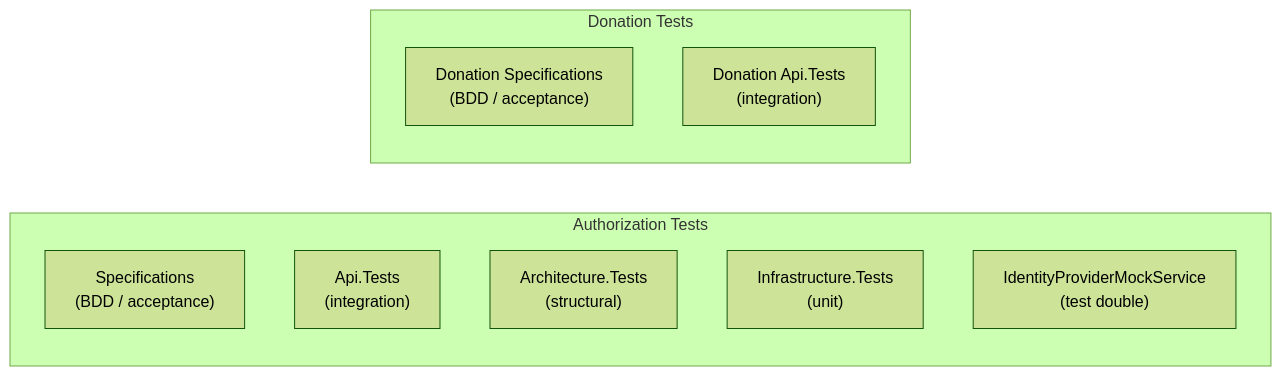
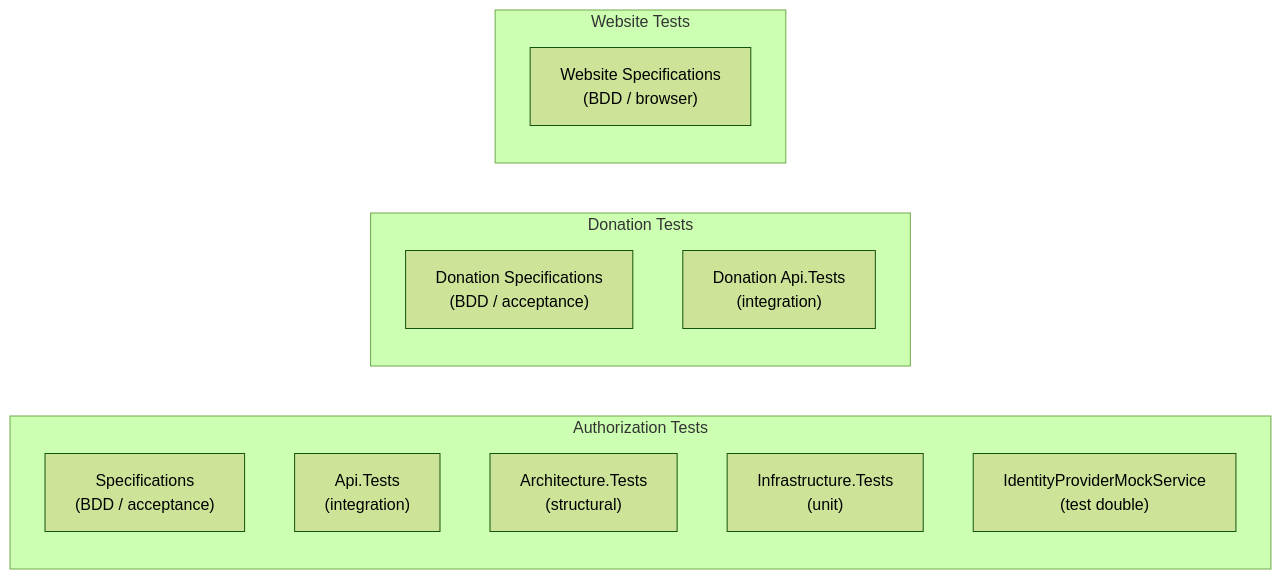
Before and after one commit to wouterfennis/TimeForCode: the diagram in docs/current/testing.md, drawn with Mermaid (forest theme). The commit also changed other lines of this file and 28 other files, not shown here.

````diff
--- a/docs/current/testing.md
+++ b/docs/current/testing.md
@@ -13,15 +13,19 @@
 ```mermaid
 graph LR
     subgraph Authorization Tests
         SpecTests["Specifications\n(BDD / acceptance)"]
         ApiTests["Api.Tests\n(integration)"]
         ArchTests["Architecture.Tests\n(structural)"]
         InfraTests["Infrastructure.Tests\n(unit)"]
         IdpMock["IdentityProviderMockService\n(test double)"]
     end
 
     subgraph Donation Tests
         DonSpecTests["Donation Specifications\n(BDD / acceptance)"]
         DonApiTests["Donation Api.Tests\n(integration)"]
     end
+
+    subgraph Website Tests
+        WebSpecTests["Website Specifications\n(BDD / browser)"]
+    end
 ```
````
